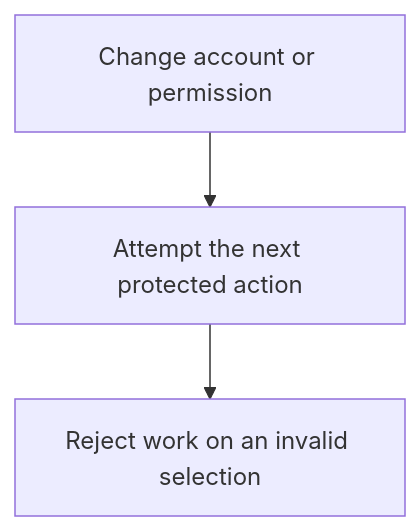
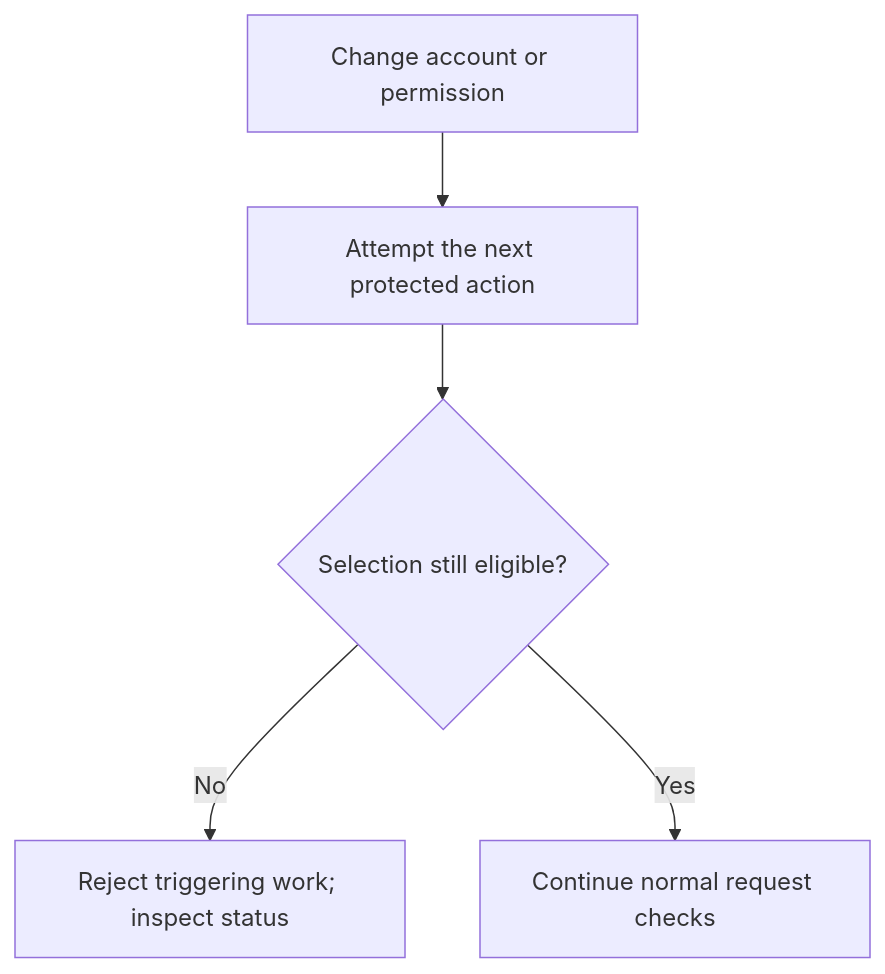
The first of 2 diagrams in user-stories/protect-native-account/us-account-03-invalidate-account-snapshot.md (Kevinjohn/oss-adonisjs-masquerade), drawn with Mermaid before and after one commit. The commit also changed other lines of this file and 22 other files, not shown here.

Commit message:
docs: verify user story paths and Mermaid flows against implementation

````diff
--- a/user-stories/protect-native-account/us-account-03-invalidate-account-snapshot.md
+++ b/user-stories/protect-native-account/us-account-03-invalidate-account-snapshot.md
@@ -20,5 +20,7 @@
 ```mermaid
 flowchart TD
     A["Change account or permission"] --> B["Attempt the next protected action"]
-    B["Attempt the next protected action"] --> C["Reject work on an invalid selection"]
+    B --> C{"Selection still eligible?"}
+    C -->|No| D["Reject triggering work; inspect status"]
+    C -->|Yes| E["Continue normal request checks"]
 ```
````
